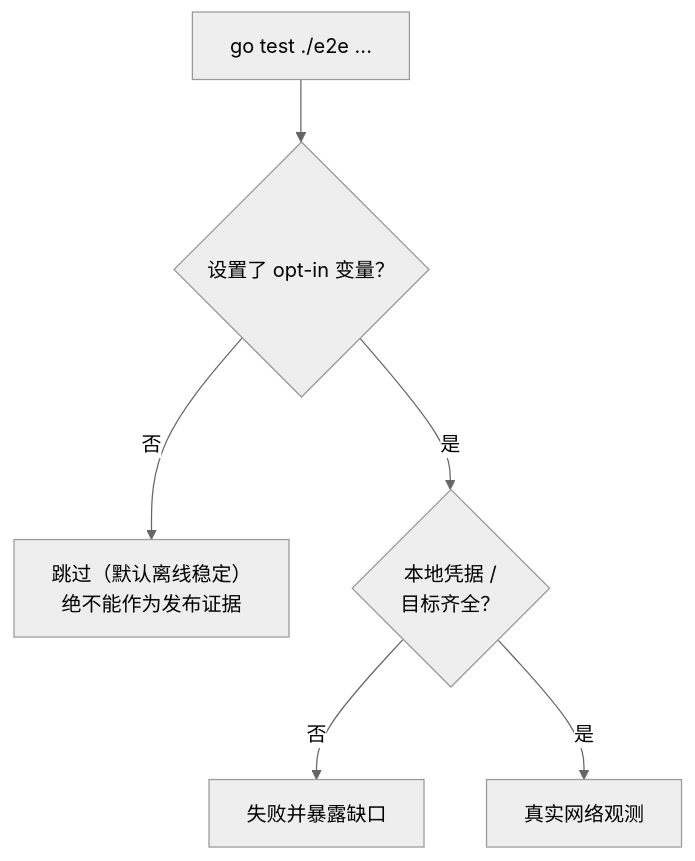
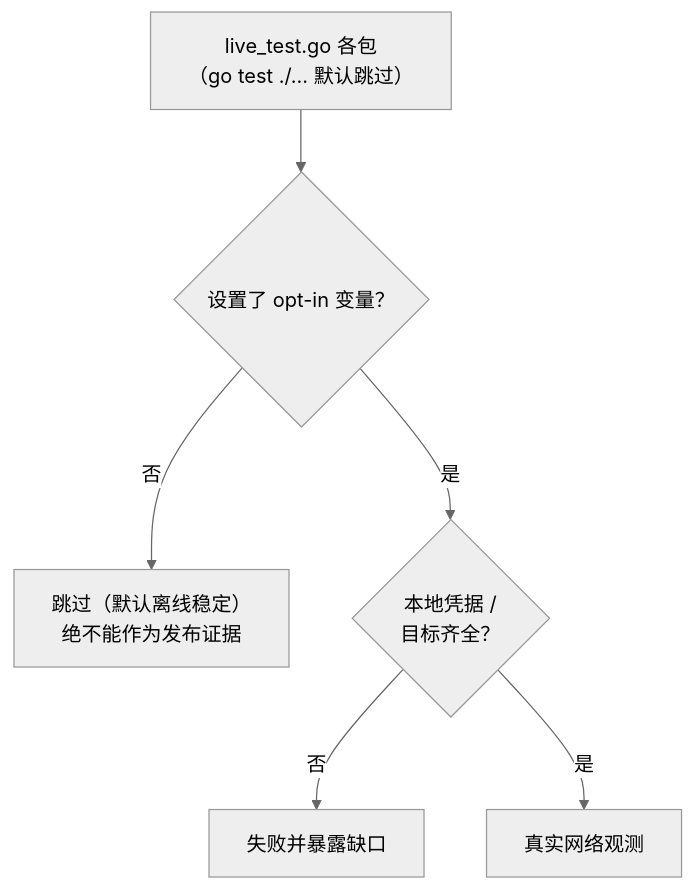
One commit to FlanChanXwO/pixiv-cli changed the third of 4 diagrams in docs/zh-CN/maintainers/development.md. Above: the diagram before and after it, drawn with Mermaid (neutral theme). The commit also changed other lines of this file and 30 other files, not shown here.

````diff
--- a/docs/zh-CN/maintainers/development.md
+++ b/docs/zh-CN/maintainers/development.md
@@ -162,8 +162,8 @@
 ```mermaid
 flowchart TD
-    T["go test ./e2e ..."] --> F{"设置了 opt-in 变量？"}
+    T["live_test.go 各包<br/>（go test ./... 默认跳过）"] --> F{"设置了 opt-in 变量？"}
     F -->|否| SK["跳过（默认离线稳定）<br/>绝不能作为发布证据"]
     F -->|是| P{"本地凭据 /<br/>目标齐全？"}
     P -->|否| FAIL["失败并暴露缺口"]
     P -->|是| RUN["真实网络观测"]
 ```
````
